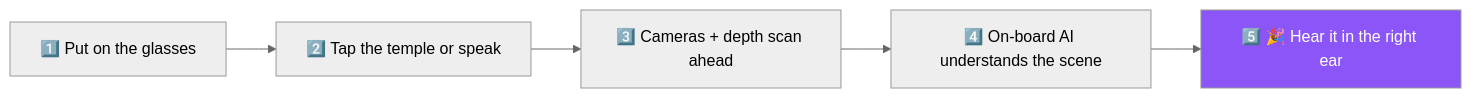
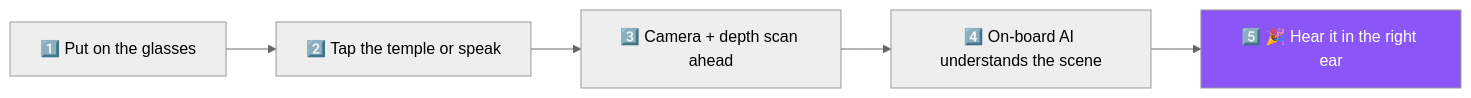
The second of 2 diagrams in README.md (TanishAggarwall/eyedentify-dashboard), drawn with Mermaid (neutral theme) before and after one commit. The commit also changed other lines of this file and 2 other files, not shown here.

Commit message:
Add system architecture diagram; glasses have a single 120° HDR camera

````diff
--- a/README.md
+++ b/README.md
@@ -247,6 +251,6 @@
 ```mermaid
 flowchart LR
-    A[1️⃣ Put on the glasses] --> B[2️⃣ Tap the temple or speak] --> C[3️⃣ Cameras + depth scan ahead] --> D[4️⃣ On-board AI understands the scene] --> E[5️⃣ 🎉 Hear it in the right ear]
+    A[1️⃣ Put on the glasses] --> B[2️⃣ Tap the temple or speak] --> C[3️⃣ Camera + depth scan ahead] --> D[4️⃣ On-board AI understands the scene] --> E[5️⃣ 🎉 Hear it in the right ear]
 
     style E fill:#8b55f7,color:#fff
 ```
````
